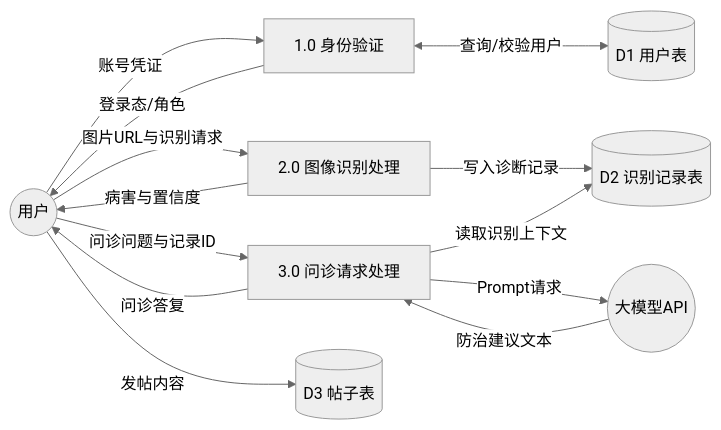
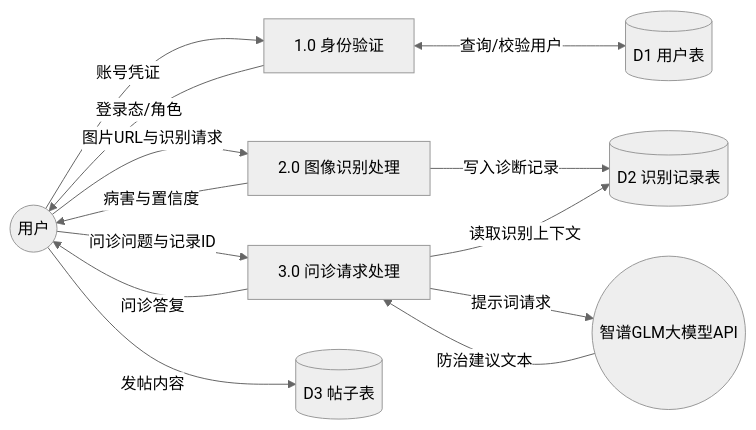
One commit to caicaiyueya/CropDoc-web- changed the fifth of 6 diagrams in docs/UML全套软件工程图表.md. Above: the diagram before and after it, drawn with Mermaid (neutral theme). The commit also changed other lines of this file and 15 other files, not shown here.

````diff
--- a/docs/UML全套软件工程图表.md
+++ b/docs/UML全套软件工程图表.md
@@ -186,29 +186,29 @@
 ```mermaid
 flowchart LR
   U((用户))
-  LLM((大模型API))
+  LLM((智谱GLM大模型API))
 
   P1["1.0 身份验证"]
   P2["2.0 图像识别处理"]
   P3["3.0 问诊请求处理"]
 
   D1[("D1 用户表")]
   D2[("D2 识别记录表")]
   D3[("D3 帖子表")]
 
   U -->|账号凭证| P1
   P1 <-->|查询/校验用户| D1
   P1 -->|登录态/角色| U
 
   U -->|图片URL与识别请求| P2
   P2 -->|写入诊断记录| D2
   P2 -->|病害与置信度| U
 
   U -->|问诊问题与记录ID| P3
   P3 -->|读取识别上下文| D2
-  P3 -->|Prompt请求| LLM
+  P3 -->|提示词请求| LLM
   LLM -->|防治建议文本| P3
   P3 -->|问诊答复| U
 
   U -->|发帖内容| D3
 ```
````
